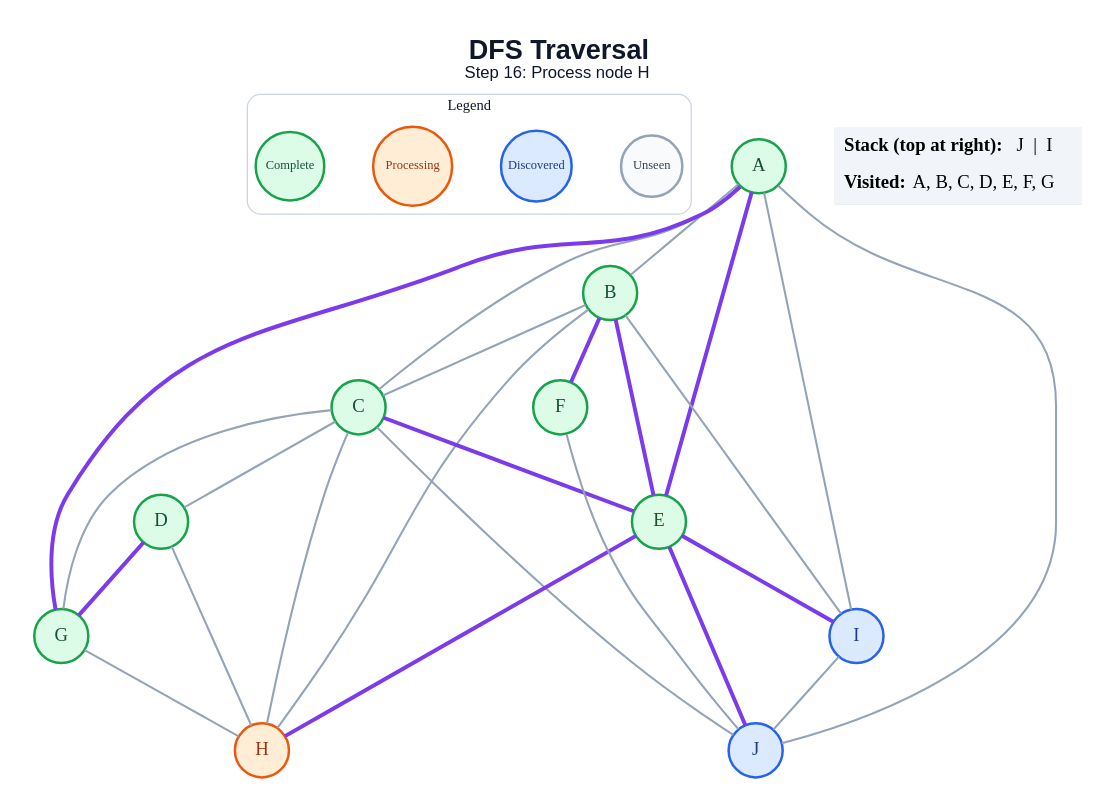
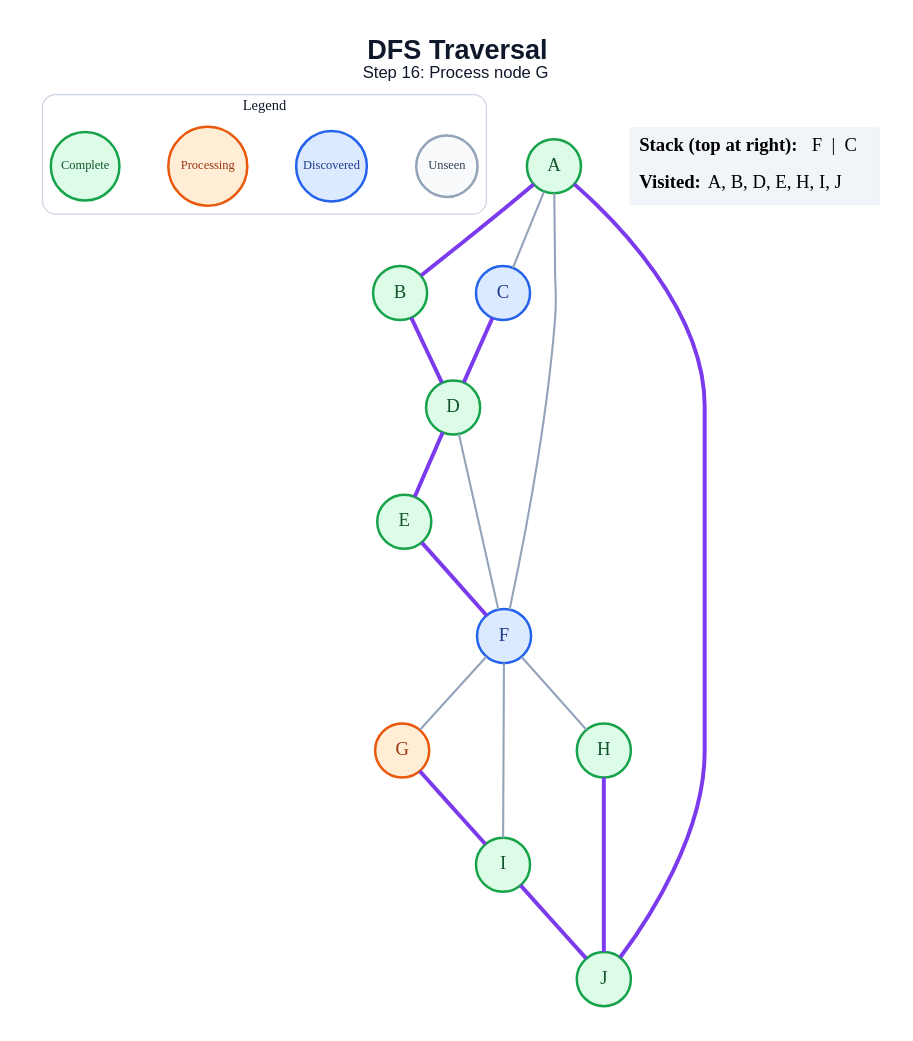
The diagram in generated/specific-node/dfs/step_16.dot (amanghodawala9/ai-slop), drawn with Graphviz before and after one commit. The commit also changed 178 other files, not shown here.

```diff
--- a/generated/specific-node/dfs/step_16.dot
+++ b/generated/specific-node/dfs/step_16.dot
@@ -1,53 +1,44 @@
 graph traversal {
   graph [layout=dot, rankdir=TB, bgcolor="#FFFFFF", pad="0.35", nodesep="0.65", ranksep="0.8", fontname="Arial"];
   node [shape=circle, style="filled", fontname="Arial Bold", fontsize=18, width=0.72, fixedsize=true, penwidth=2.4];
   edge [color="#94A3B8", penwidth=2.0];
-  label=<<B>DFS Traversal</B><BR/><FONT POINT-SIZE="16">Step 16: Process node H</FONT>>; labelloc="t"; fontsize=26; fontname="Arial"; fontcolor="#0F172A";
+  label=<<B>DFS Traversal</B><BR/><FONT POINT-SIZE="16">Step 16: Process node G</FONT>>; labelloc="t"; fontsize=26; fontname="Arial"; fontcolor="#0F172A";
   subgraph cluster_legend { label="Legend"; color="#CBD5E1"; penwidth=1.2; style="rounded"; fontsize=14; fontname="Arial Bold";
     key_unseen [label="Unseen", fillcolor="#F8FAFC", color="#94A3B8", fontcolor="#334155", fontsize=12, width=0.82];
     key_frontier [label="Discovered", fillcolor="#DBEAFE", color="#2563EB", fontcolor="#1E3A8A", fontsize=12, width=0.95];
     key_current [label="Processing", fillcolor="#FFEDD5", color="#EA580C", fontcolor="#9A3412", fontsize=12, width=1.05];
     key_done [label="Complete", fillcolor="#DCFCE7", color="#16A34A", fontcolor="#14532D", fontsize=12, width=0.92];
     { rank=same; key_unseen; key_frontier; key_current; key_done; }
   }
   A [fillcolor="#DCFCE7", color="#16A34A", fontcolor="#14532D"];
   B [fillcolor="#DCFCE7", color="#16A34A", fontcolor="#14532D"];
-  C [fillcolor="#DCFCE7", color="#16A34A", fontcolor="#14532D"];
+  C [fillcolor="#DBEAFE", color="#2563EB", fontcolor="#1E3A8A"];
   D [fillcolor="#DCFCE7", color="#16A34A", fontcolor="#14532D"];
   E [fillcolor="#DCFCE7", color="#16A34A", fontcolor="#14532D"];
-  F [fillcolor="#DCFCE7", color="#16A34A", fontcolor="#14532D"];
-  G [fillcolor="#DCFCE7", color="#16A34A", fontcolor="#14532D"];
-  H [fillcolor="#FFEDD5", color="#EA580C", fontcolor="#9A3412"];
-  I [fillcolor="#DBEAFE", color="#2563EB", fontcolor="#1E3A8A"];
-  J [fillcolor="#DBEAFE", color="#2563EB", fontcolor="#1E3A8A"];
-  A -- B;
+  F [fillcolor="#DBEAFE", color="#2563EB", fontcolor="#1E3A8A"];
+  G [fillcolor="#FFEDD5", color="#EA580C", fontcolor="#9A3412"];
+  H [fillcolor="#DCFCE7", color="#16A34A", fontcolor="#14532D"];
+  I [fillcolor="#DCFCE7", color="#16A34A", fontcolor="#14532D"];
+  J [fillcolor="#DCFCE7", color="#16A34A", fontcolor="#14532D"];
+  A -- B [color="#7C3AED", penwidth=3.8];
   A -- C;
-  A -- E [color="#7C3AED", penwidth=3.8];
-  A -- G [color="#7C3AED", penwidth=3.8];
-  A -- I;
-  A -- J;
-  B -- C;
-  B -- E [color="#7C3AED", penwidth=3.8];
-  B -- F [color="#7C3AED", penwidth=3.8];
-  B -- H;
-  B -- I;
-  C -- D;
-  C -- E [color="#7C3AED", penwidth=3.8];
-  C -- G;
-  C -- H;
-  C -- J;
-  D -- G [color="#7C3AED", penwidth=3.8];
-  D -- H;
-  E -- H [color="#7C3AED", penwidth=3.8];
-  E -- I [color="#7C3AED", penwidth=3.8];
-  E -- J [color="#7C3AED", penwidth=3.8];
-  F -- J;
-  G -- H;
-  I -- J;
+  A -- F;
+  A -- J [color="#7C3AED", penwidth=3.8];
+  B -- D [color="#7C3AED", penwidth=3.8];
+  C -- D [color="#7C3AED", penwidth=3.8];
+  D -- E [color="#7C3AED", penwidth=3.8];
+  D -- F;
+  E -- F [color="#7C3AED", penwidth=3.8];
+  F -- G;
+  F -- H;
+  F -- I;
+  G -- I [color="#7C3AED", penwidth=3.8];
+  H -- J [color="#7C3AED", penwidth=3.8];
+  I -- J [color="#7C3AED", penwidth=3.8];
   status [shape=plain, fixedsize=false, width=0, height=0, margin=0, label=<
     <TABLE BORDER="0" CELLBORDER="0" CELLPADDING="7" BGCOLOR="#F1F5F9">
-      <TR><TD ALIGN="LEFT"><B>Stack (top at right):</B> J  |  I</TD></TR>
-      <TR><TD ALIGN="LEFT"><B>Visited:</B> A, B, C, D, E, F, G</TD></TR>
+      <TR><TD ALIGN="LEFT"><B>Stack (top at right):</B> F  |  C</TD></TR>
+      <TR><TD ALIGN="LEFT"><B>Visited:</B> A, B, D, E, H, I, J</TD></TR>
     </TABLE>
   >];
 }
```
